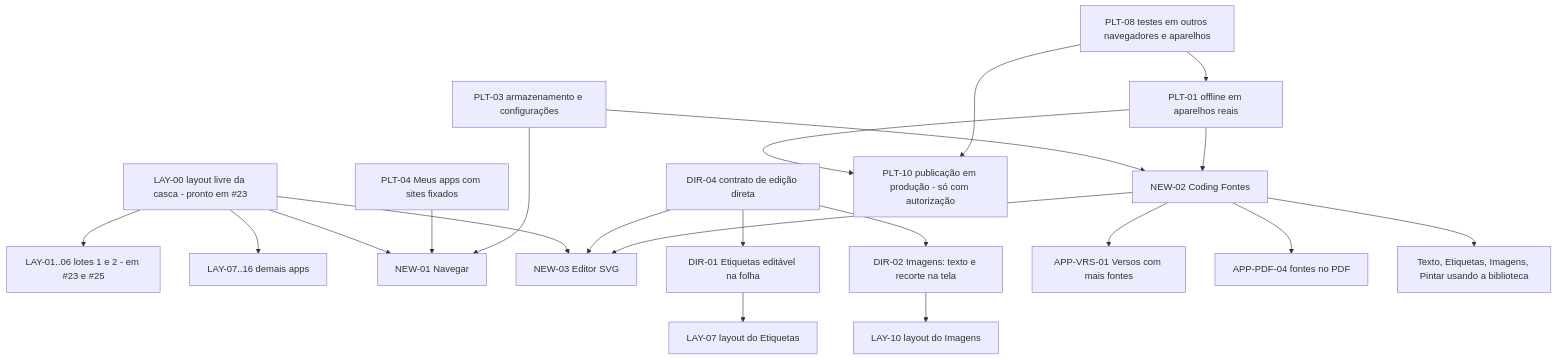
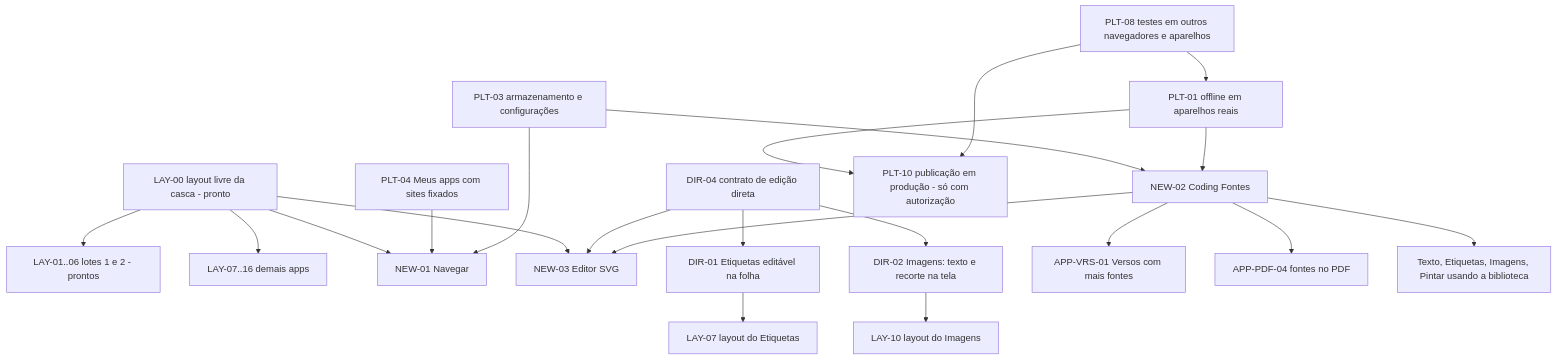
Before and after one commit to outbassed/Coding: the diagram in coding-v2/PLANEJAMENTO-FUTURO.md, drawn with Mermaid. The commit also changed other lines of this file, not shown here.

````diff
--- a/coding-v2/PLANEJAMENTO-FUTURO.md
+++ b/coding-v2/PLANEJAMENTO-FUTURO.md
@@ -394,23 +395,23 @@
 ```mermaid
 graph TD
-  LAY00[LAY-00 layout livre da casca - pronto em #23] --> LAY0[LAY-01..06 lotes 1 e 2 - em #23 e #25]
+  LAY00[LAY-00 layout livre da casca - pronto] --> LAY0[LAY-01..06 lotes 1 e 2 - prontos]
   LAY00 --> LAYN[LAY-07..16 demais apps]
   LAY00 --> NEW01[NEW-01 Navegar]
   LAY00 --> NEW03[NEW-03 Editor SVG]
   DIR00[DIR-04 contrato de edição direta] --> DIR01[DIR-01 Etiquetas editável na folha]
   DIR00 --> DIR02[DIR-02 Imagens: texto e recorte na tela]
   DIR00 --> NEW03
   DIR01 --> LAY07[LAY-07 layout do Etiquetas]
   DIR02 --> LAY10[LAY-10 layout do Imagens]
   NEW02[NEW-02 Coding Fontes] --> NEW03
   NEW02 --> VRS[APP-VRS-01 Versos com mais fontes]
   NEW02 --> PDF4[APP-PDF-04 fontes no PDF]
   NEW02 --> EDITORES[Texto, Etiquetas, Imagens, Pintar usando a biblioteca]
   PLT04[PLT-04 Meus apps com sites fixados] --> NEW01
   PLT03[PLT-03 armazenamento e configurações] --> NEW01
   PLT03 --> NEW02
   PLT01[PLT-01 offline em aparelhos reais] --> NEW02
   PLT08[PLT-08 testes em outros navegadores e aparelhos] --> PLT01
   PLT01 --> PLT10[PLT-10 publicação em produção - só com autorização]
   PLT08 --> PLT10
 ```
````
